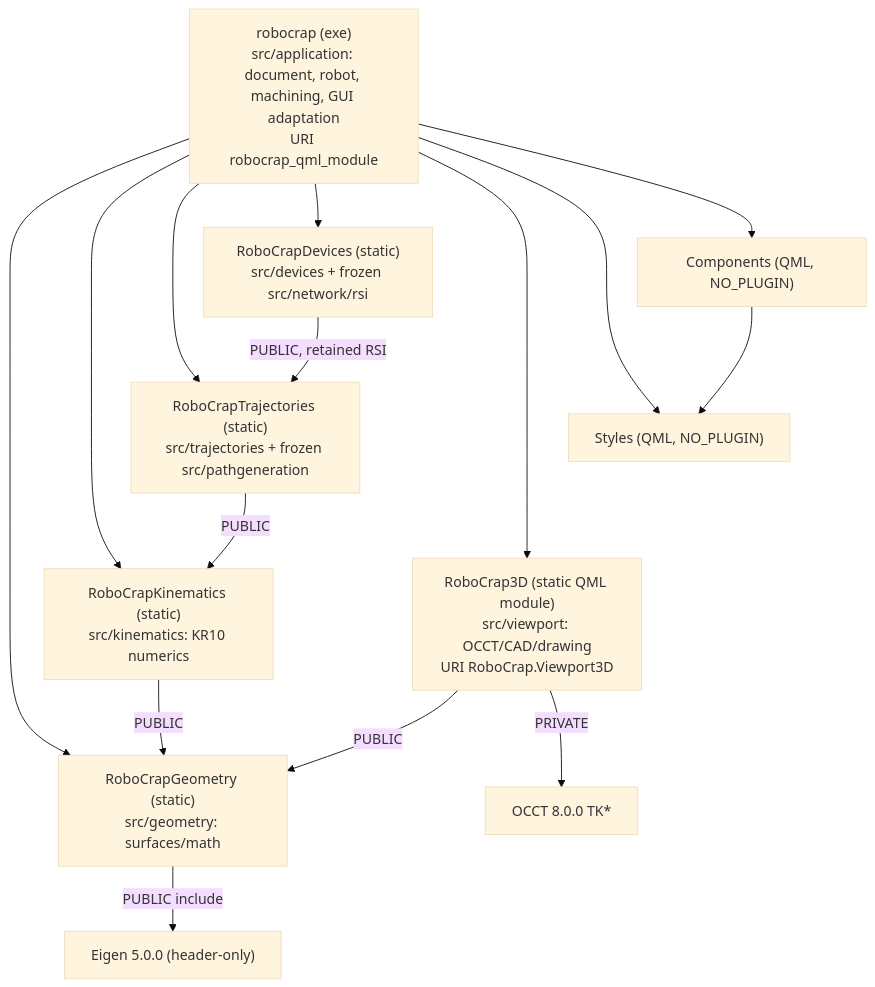
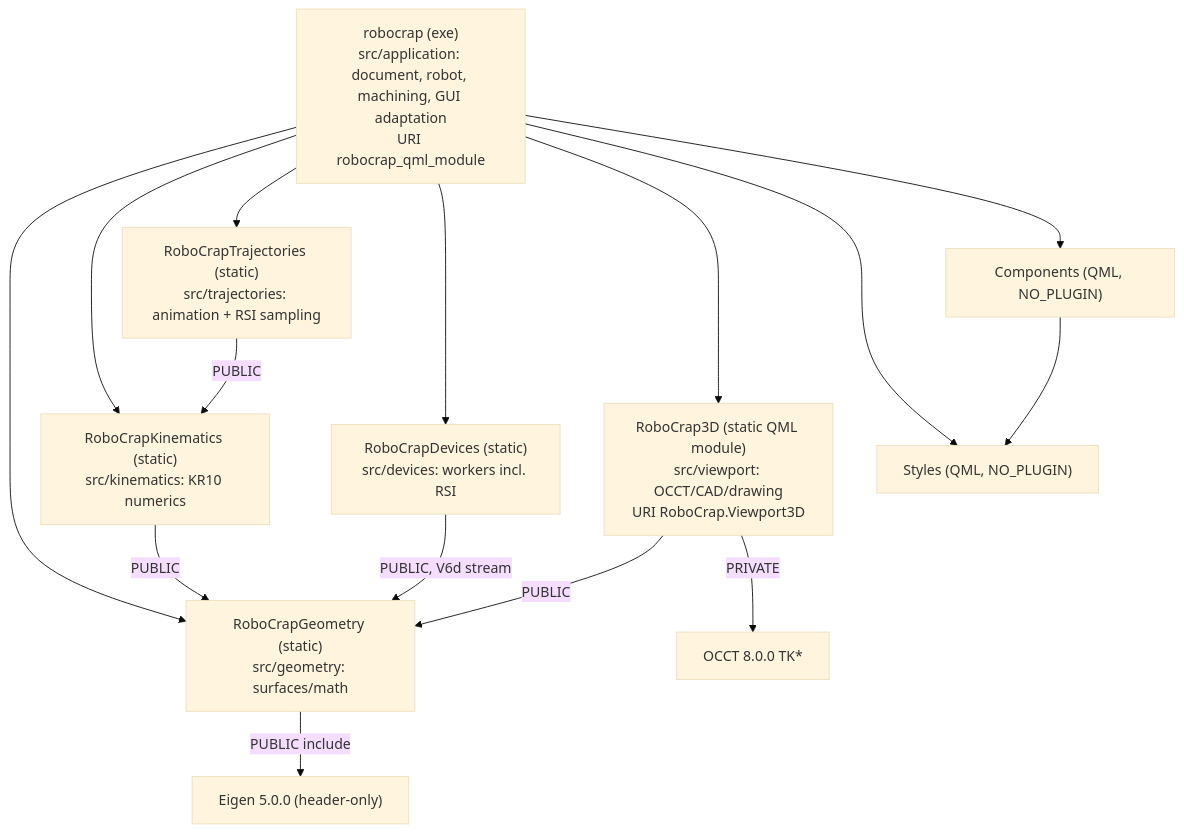
One commit to Nazar0vIvan/QDeltaPLC changed the diagram in docs/ARCHITECTURE.md. Above: the diagram before and after it, drawn with Mermaid (base theme). The commit also changed other lines of this file and 68 other files, not shown here.

Commit message:
RSI sampling implemented on old base 9a40e08

````diff
--- a/docs/ARCHITECTURE.md
+++ b/docs/ARCHITECTURE.md
@@ -36,28 +36,28 @@
 ```mermaid
 graph TD
   robocrap["robocrap (exe)<br/>src/application: document, robot, machining, GUI adaptation<br/>URI robocrap_qml_module"]
   R3D["RoboCrap3D (static QML module)<br/>src/viewport: OCCT/CAD/drawing<br/>URI RoboCrap.Viewport3D"]
-  Devices["RoboCrapDevices (static)<br/>src/devices + frozen src/network/rsi"]
+  Devices["RoboCrapDevices (static)<br/>src/devices: workers incl. RSI"]
   Geometry["RoboCrapGeometry (static)<br/>src/geometry: surfaces/math"]
   Kinematics["RoboCrapKinematics (static)<br/>src/kinematics: KR10 numerics"]
-  Trajectories["RoboCrapTrajectories (static)<br/>src/trajectories + frozen src/pathgeneration"]
+  Trajectories["RoboCrapTrajectories (static)<br/>src/trajectories: animation + RSI sampling"]
   Eigen["Eigen 5.0.0 (header-only)"]
   OCCT["OCCT 8.0.0 TK*"]
   Styles["Styles (QML, NO_PLUGIN)"]
   Components["Components (QML, NO_PLUGIN)"]
 
   robocrap --> Geometry
   robocrap --> Kinematics
   robocrap --> Trajectories
   robocrap --> Devices
   robocrap --> R3D
   robocrap --> Styles
   robocrap --> Components
   Components --> Styles
   R3D -->|PUBLIC| Geometry
   R3D -->|PRIVATE| OCCT
-  Devices -->|PUBLIC, retained RSI| Trajectories
+  Devices -->|PUBLIC, V6d stream| Geometry
   Trajectories -->|PUBLIC| Kinematics
   Kinematics -->|PUBLIC| Geometry
   Geometry -->|PUBLIC include| Eigen
 ```
````
